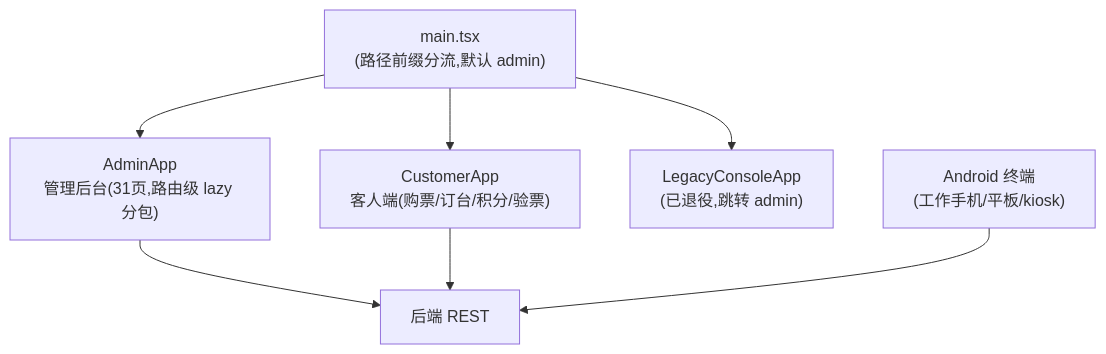
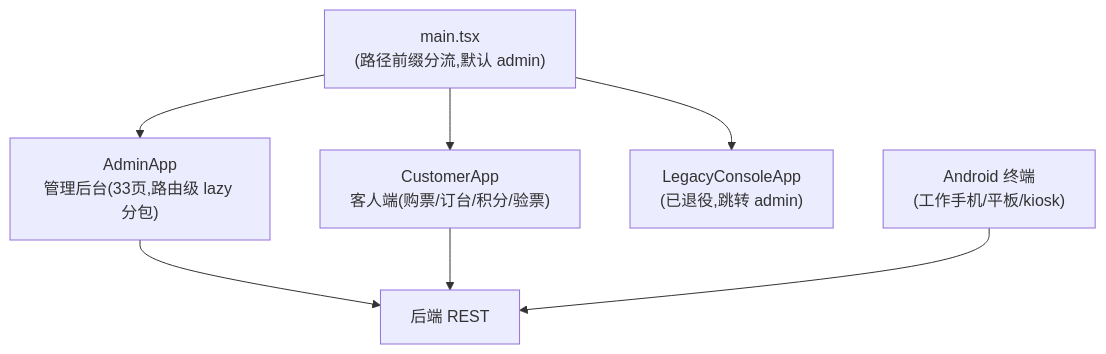
The fifth of 5 diagrams in docs/architecture-overview-v0.1.md (jxh1979/mall), drawn with Mermaid before and after one commit. The commit also changed other lines of this file and 281 other files, not shown here.

````diff
--- a/docs/architecture-overview-v0.1.md
+++ b/docs/architecture-overview-v0.1.md
@@ -133,10 +133,10 @@
 ```mermaid
 graph TB
   MAIN["main.tsx<br/>(路径前缀分流,默认 admin)"]
-  MAIN --> ADM["AdminApp<br/>管理后台(31页,路由级 lazy 分包)"]
+  MAIN --> ADM["AdminApp<br/>管理后台(33页,路由级 lazy 分包)"]
   MAIN --> CUST["CustomerApp<br/>客人端(购票/订台/积分/验票)"]
   MAIN --> LEG["LegacyConsoleApp<br/>(已退役,跳转 admin)"]
   ADM --> APIc["后端 REST"]
   CUST --> APIc
   ANDR["Android 终端<br/>(工作手机/平板/kiosk)"] --> APIc
 ```
````
